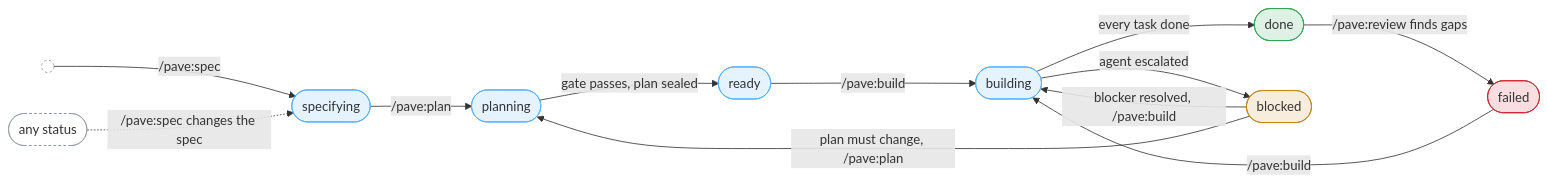
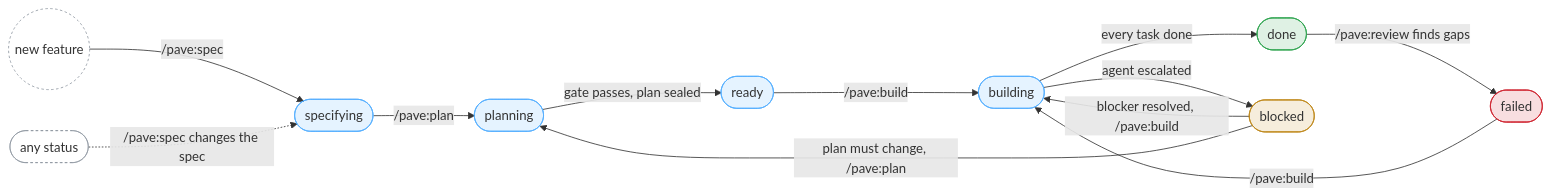
The diagram in README.md (paveforge/claude-plugins), drawn with Mermaid before and after one commit.

Commit message:
README: label the entry node of the status chart
Claude-Session: https://claude.ai/code/session_01YBSLGYGYB9VUW61fz23u1F

````diff
--- a/README.md
+++ b/README.md
@@ -532,25 +532,25 @@
 ```mermaid
 flowchart LR
-    new(( )) -->|/pave:spec| specifying(["specifying"])
+    newfeat(("new feature")) -->|/pave:spec| specifying(["specifying"])
     specifying -->|/pave:plan| planning(["planning"])
     planning -->|gate passes, plan sealed| ready(["ready"])
     ready -->|/pave:build| building(["building"])
     building -->|every task done| done(["done"])
     building -->|agent escalated| blocked(["blocked"])
     blocked -->|blocker resolved, /pave:build| building
     blocked -->|plan must change, /pave:plan| planning
     done -->|/pave:review finds gaps| failed(["failed"])
     failed -->|/pave:build| building
     any(["any status"]) -.->|/pave:spec changes the spec| specifying
 
     classDef step fill:#54aeff26,stroke:#54aeff,stroke-width:1px
     classDef good fill:#2da44e26,stroke:#2da44e,stroke-width:1px
     classDef warn fill:#bf871926,stroke:#bf8719,stroke-width:1px
     classDef bad  fill:#cf222e26,stroke:#cf222e,stroke-width:1px
     classDef muted fill:none,stroke:#8c959f,stroke-dasharray:3 3
     class specifying,planning,ready,building step
-    class any,new muted
+    class any,newfeat muted
     class done good
     class blocked warn
     class failed bad
 ```
````
